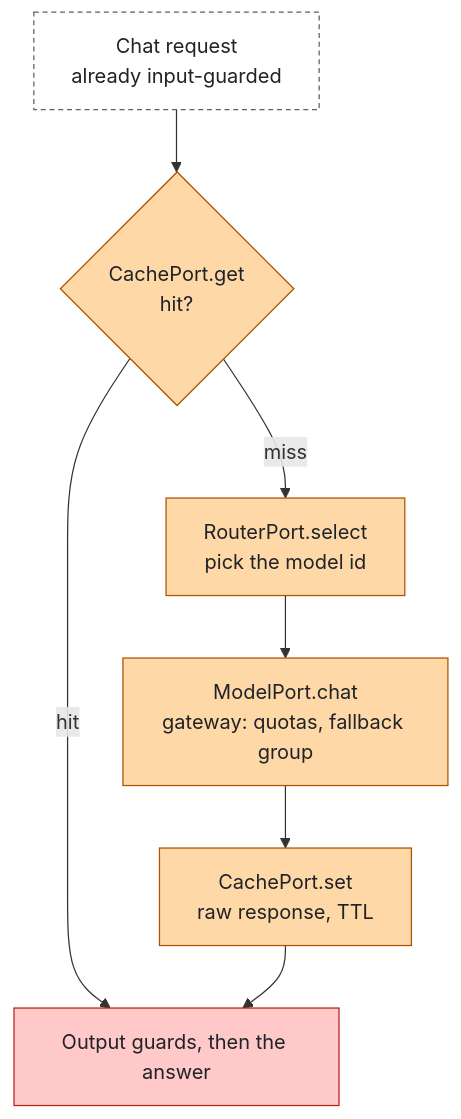
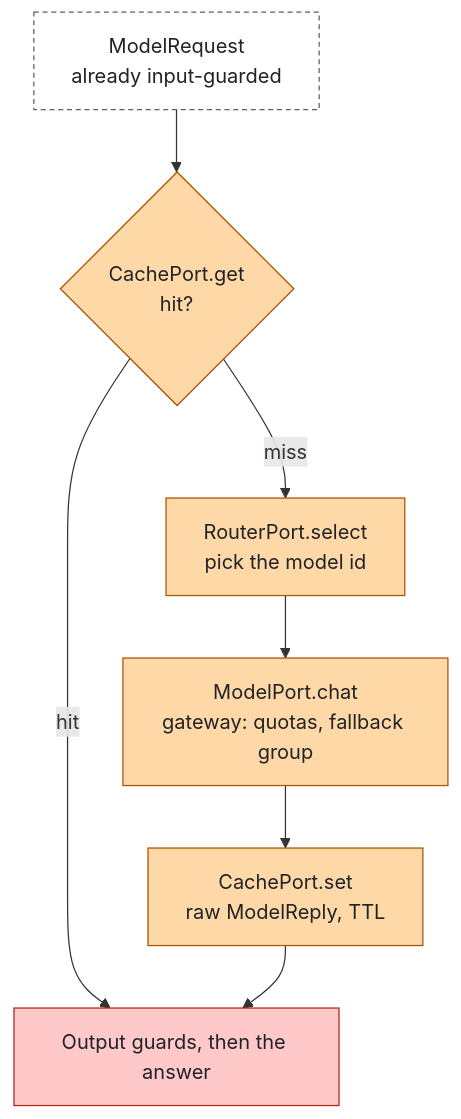
One commit to aantenore/agent-layers changed the second of 2 diagrams in docs/layers/cache.md. Above: the diagram before and after it, drawn with Mermaid. The commit also changed other lines of this file and 26 other files, not shown here.

````diff
--- a/docs/layers/cache.md
+++ b/docs/layers/cache.md
@@ -44,12 +44,12 @@
 ```mermaid
 flowchart TB
-  req["Chat request<br/>already input-guarded"]:::external --> lookup{"CachePort.get<br/>hit?"}:::model
+  req["ModelRequest<br/>already input-guarded"]:::external --> lookup{"CachePort.get<br/>hit?"}:::model
   lookup -->|"hit"| out["Output guards, then the answer"]:::control
   lookup -->|"miss"| select["RouterPort.select<br/>pick the model id"]:::model
   select --> model["ModelPort.chat<br/>gateway: quotas, fallback group"]:::model
-  model --> store["CachePort.set<br/>raw response, TTL"]:::model
+  model --> store["CachePort.set<br/>raw ModelReply, TTL"]:::model
   store --> out
   classDef model fill:#ffd8a8,stroke:#a85400,color:#1f2328
   classDef control fill:#ffc9c9,stroke:#b42318,color:#1f2328
   classDef external fill:#ffffff,stroke:#57606a,color:#1f2328,stroke-dasharray:4 3
 ```
````
